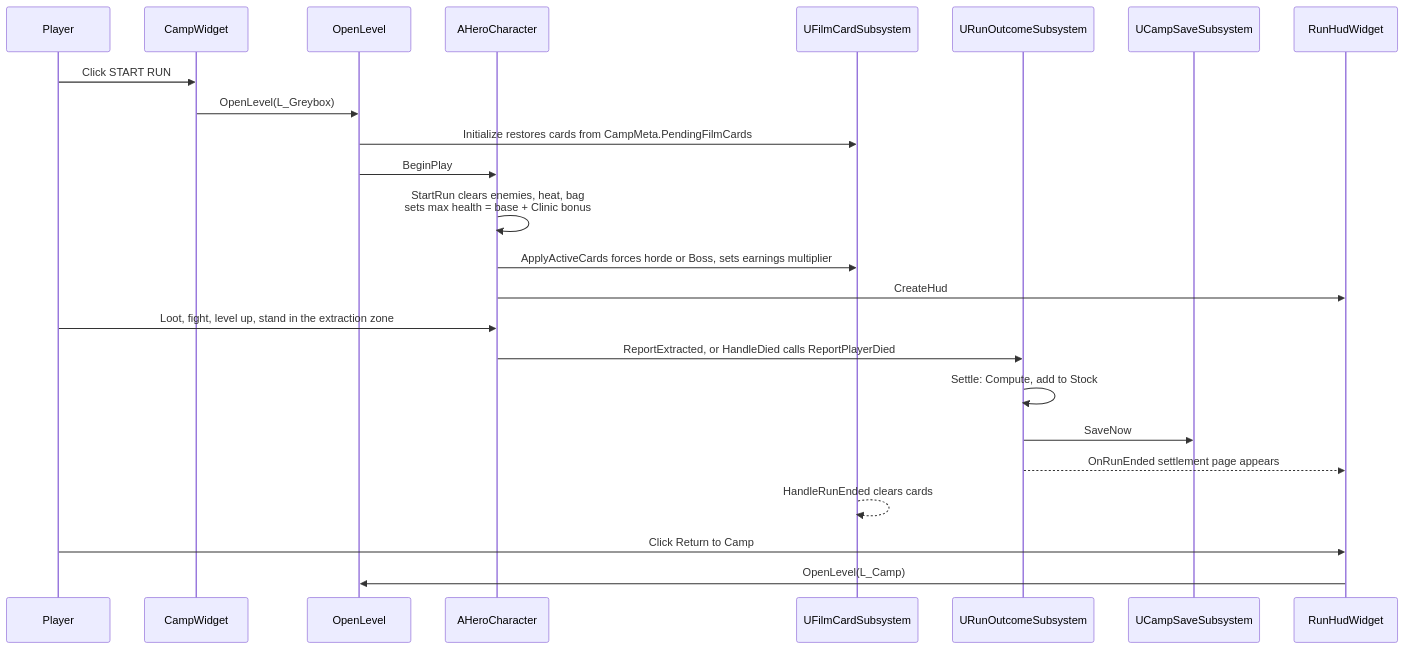
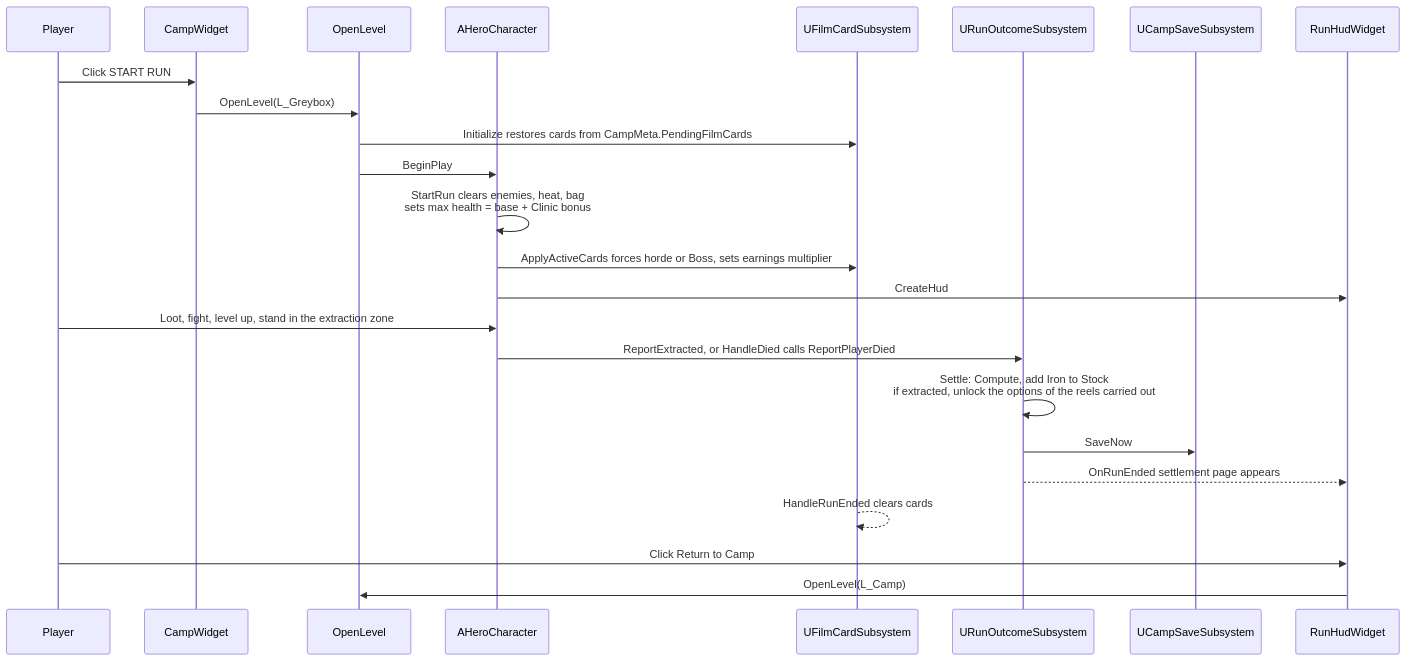
Before and after one commit to Huangyu-Shen/2026-epic-gamejam: the second of 3 diagrams in docs/wiki/architecture.md, drawn with Mermaid. The commit also changed other lines of this file and 84 other files, not shown here.

First line of the commit message:
feat: lost film reels unlock upgrade options, dev log by day (#3)

````diff
--- a/docs/wiki/architecture.md
+++ b/docs/wiki/architecture.md
@@ -91,26 +91,26 @@
 ```mermaid
 sequenceDiagram
   participant P as Player
   participant C as CampWidget
   participant L as OpenLevel
   participant H as AHeroCharacter
   participant F as UFilmCardSubsystem
   participant R as URunOutcomeSubsystem
   participant S as UCampSaveSubsystem
   participant HUD as RunHudWidget
   P->>C: Click START RUN
   C->>L: OpenLevel(L_Greybox)
   L->>F: Initialize restores cards from CampMeta.PendingFilmCards
   L->>H: BeginPlay
   H->>H: StartRun clears enemies, heat, bag<br/>sets max health = base + Clinic bonus
   H->>F: ApplyActiveCards forces horde or Boss, sets earnings multiplier
   H->>HUD: CreateHud
   P->>H: Loot, fight, level up, stand in the extraction zone
   H->>R: ReportExtracted, or HandleDied calls ReportPlayerDied
-  R->>R: Settle: Compute, add to Stock
+  R->>R: Settle: Compute, add Iron to Stock<br/>if extracted, unlock the options of the reels carried out
   R->>S: SaveNow
   R-->>HUD: OnRunEnded settlement page appears
   F-->>F: HandleRunEnded clears cards
   P->>HUD: Click Return to Camp
   HUD->>L: OpenLevel(L_Camp)
 ```
````
